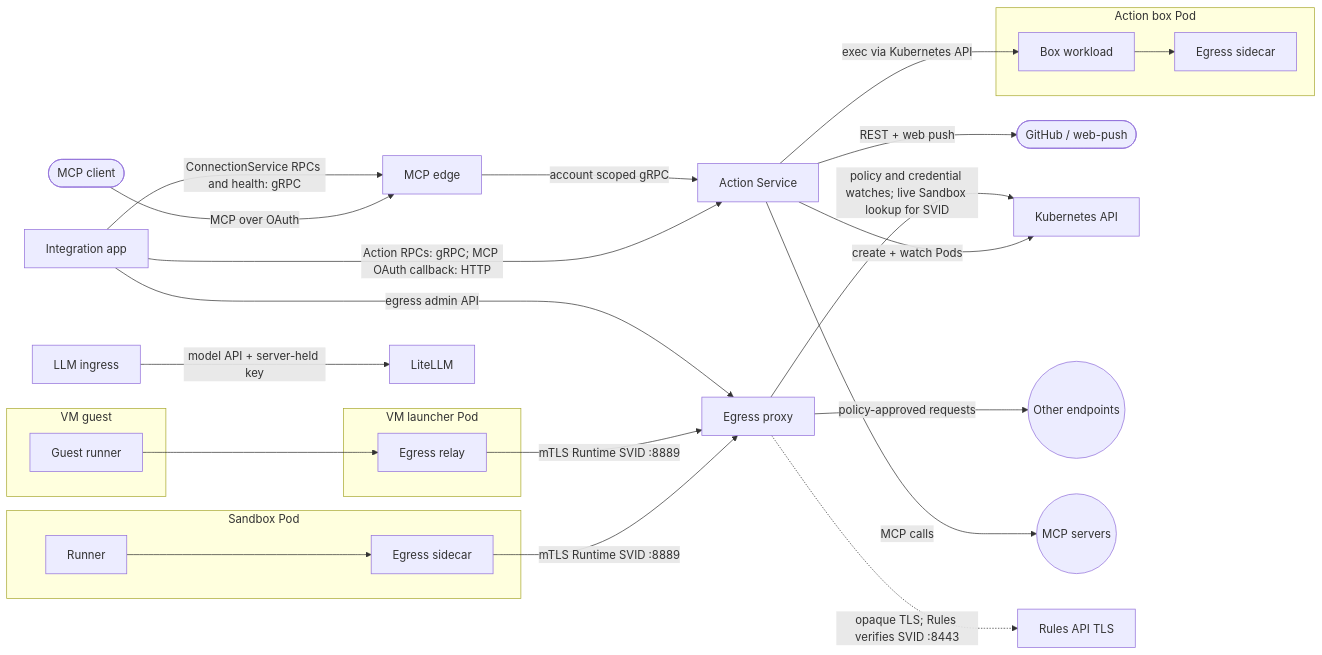
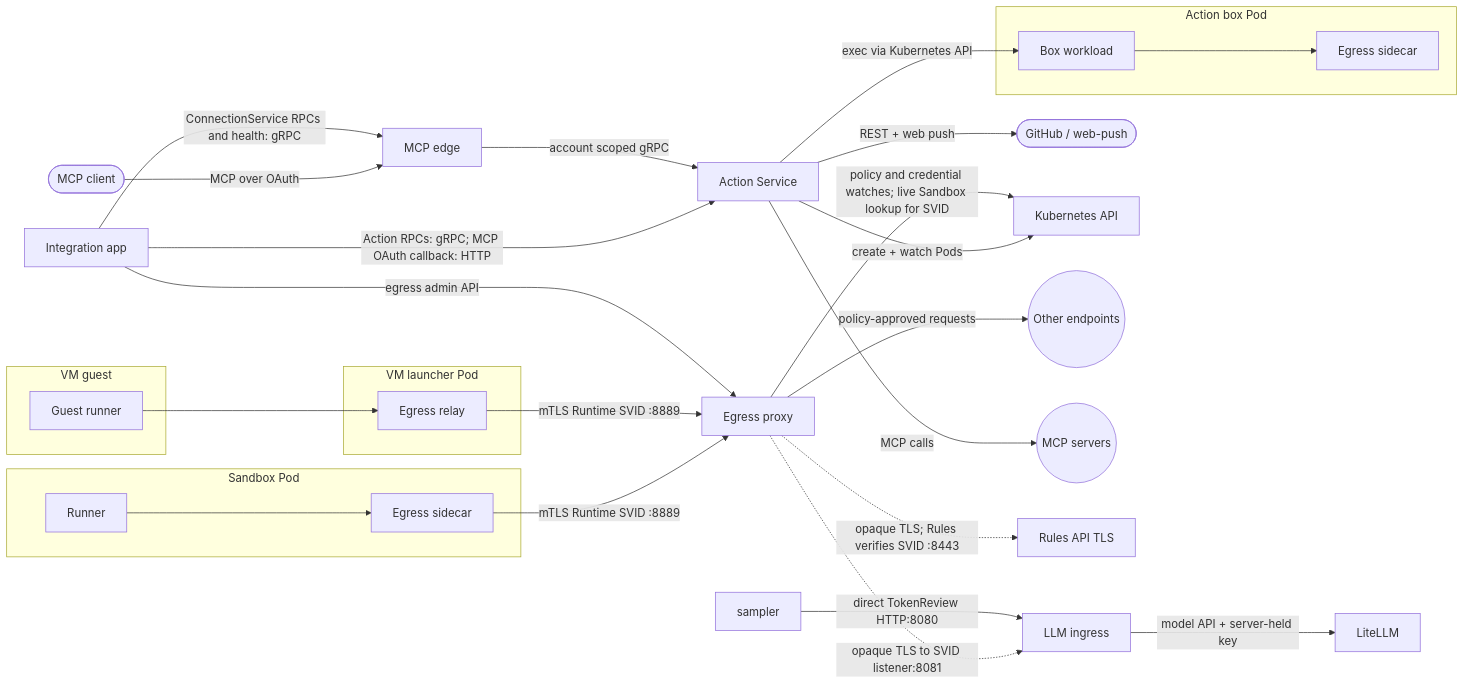
Before and after one commit to agentydragon/ducktape: the ninth of 9 diagrams in agentplane/docs/system_overview.md, drawn with Mermaid. The commit also changed other lines of this file and 22 other files, not shown here.

````diff
--- a/agentplane/docs/system_overview.md
+++ b/agentplane/docs/system_overview.md
@@ -538,45 +538,47 @@
 ```mermaid
 flowchart LR
     mcp_client([MCP client])
     github([GitHub / web-push])
     app[Integration app]
     actions[Action Service]
     edge[MCP edge]
     k8s[Kubernetes API]
     subgraph box[Action box Pod]
         workload[Box workload]
         box_sidecar[Egress sidecar]
     end
     subgraph sandbox[Sandbox Pod]
         runner[Runner]
         sidecar[Egress sidecar]
     end
     subgraph vm_guest[VM guest]
         guest[Guest runner]
     end
     subgraph vm_pod[VM launcher Pod]
         relay[Egress relay]
     end
     egress[Egress proxy]
     llm[LLM ingress]
     litellm[LiteLLM]
     other((Other endpoints))
     mcp_servers((MCP servers))
 
     mcp_client -->|MCP over OAuth| edge
     app -->|Action RPCs: gRPC; MCP OAuth callback: HTTP| actions
     app -->|ConnectionService RPCs and health: gRPC| edge
     edge -->|account scoped gRPC| actions
     actions -->|create + watch Pods| k8s
     actions -->|exec via Kubernetes API| workload
     workload --> box_sidecar
     runner --> sidecar -->|mTLS Runtime SVID :8889| egress
     guest --> relay -->|mTLS Runtime SVID :8889| egress
     app -->|egress admin API| egress
     egress -->|policy and credential watches; live Sandbox lookup for SVID| k8s
     egress -->|policy-approved requests| other
     egress -.->|opaque TLS; Rules verifies SVID :8443| rules[Rules API TLS]
+    egress -.->|opaque TLS to SVID listener:8081| llm
+    sampler -->|direct TokenReview HTTP:8080| llm
     llm -->|model API + server-held key| litellm
     actions -->|MCP calls| mcp_servers
     actions -->|REST + web push| github
 ```
````
